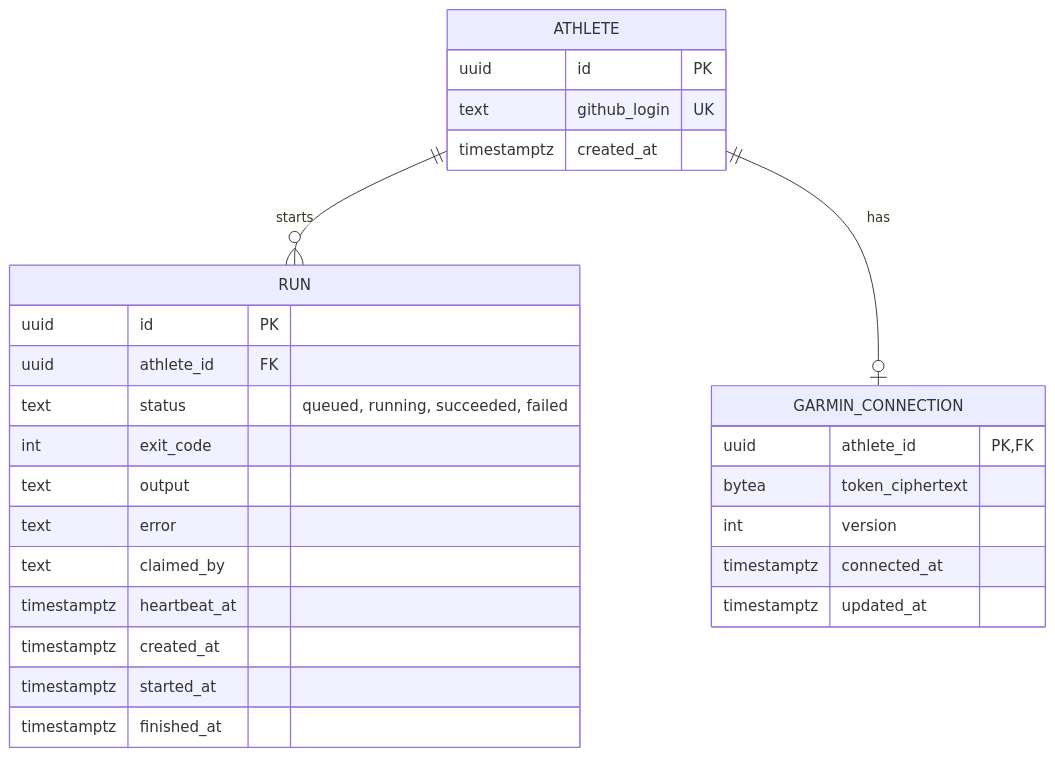
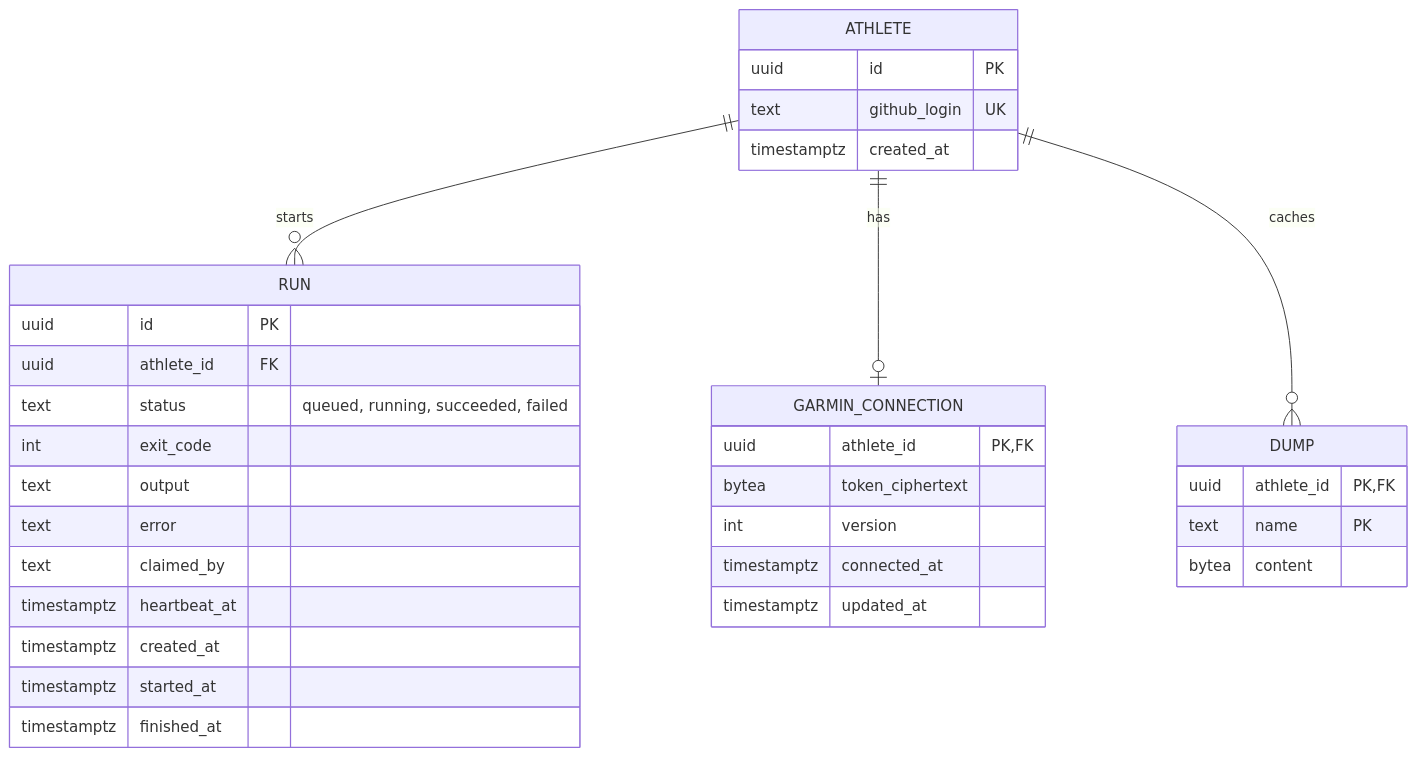
The sixth of 6 diagrams in PLAN.md (theadzik/repwise), drawn with Mermaid before and after one commit. The commit also changed other lines of this file and 4 other files, not shown here.

````diff
--- a/PLAN.md
+++ b/PLAN.md
@@ -404,31 +407,37 @@
 ```mermaid
 erDiagram
     ATHLETE ||--o{ RUN : starts
     ATHLETE ||--o| GARMIN_CONNECTION : has
+    ATHLETE ||--o{ DUMP : caches
 
     ATHLETE {
         uuid id PK
         text github_login UK
         timestamptz created_at
     }
     RUN {
         uuid id PK
         uuid athlete_id FK
         text status "queued, running, succeeded, failed"
         int exit_code
         text output
         text error
         text claimed_by
         timestamptz heartbeat_at
         timestamptz created_at
         timestamptz started_at
         timestamptz finished_at
     }
     GARMIN_CONNECTION {
         uuid athlete_id PK, FK
         bytea token_ciphertext
         int version
         timestamptz connected_at
         timestamptz updated_at
     }
+    DUMP {
+        uuid athlete_id PK, FK
+        text name PK
+        bytea content
+    }
 ```
````
